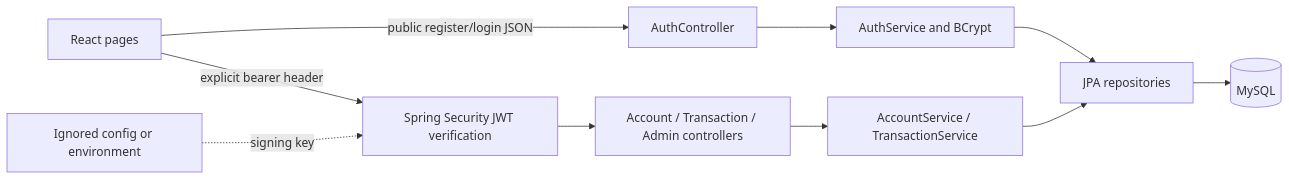
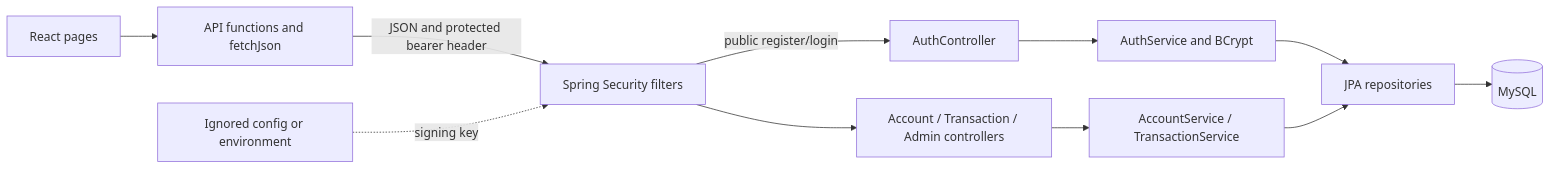
One commit to marvensj7/card-transaction-simulator changed the first of 2 diagrams in outputs/02_Architecture/01_System_Architecture.md. Above: the diagram before and after it, drawn with Mermaid. The commit also changed other lines of this file and 1 other file, not shown here.

````diff
--- a/outputs/02_Architecture/01_System_Architecture.md
+++ b/outputs/02_Architecture/01_System_Architecture.md
@@ -5,12 +5,13 @@
 ```mermaid
 flowchart LR
-    Browser[React pages] -->|explicit bearer header| Security[Spring Security JWT verification]
-    Browser -->|public register/login JSON| Auth[AuthController]
+    Browser[React pages] --> API[API functions and fetchJson]
+    API -->|JSON and protected bearer header| Security[Spring Security filters]
+    Security -->|public register/login| Auth[AuthController]
     Security --> Controllers[Account / Transaction / Admin controllers]
     Auth --> AuthService[AuthService and BCrypt]
     Controllers --> Services[AccountService / TransactionService]
     AuthService --> Repositories[JPA repositories]
     Services --> Repositories
     Repositories --> MySQL[(MySQL)]
     Local[Ignored config or environment] -.->|signing key| Security
 ```
````
